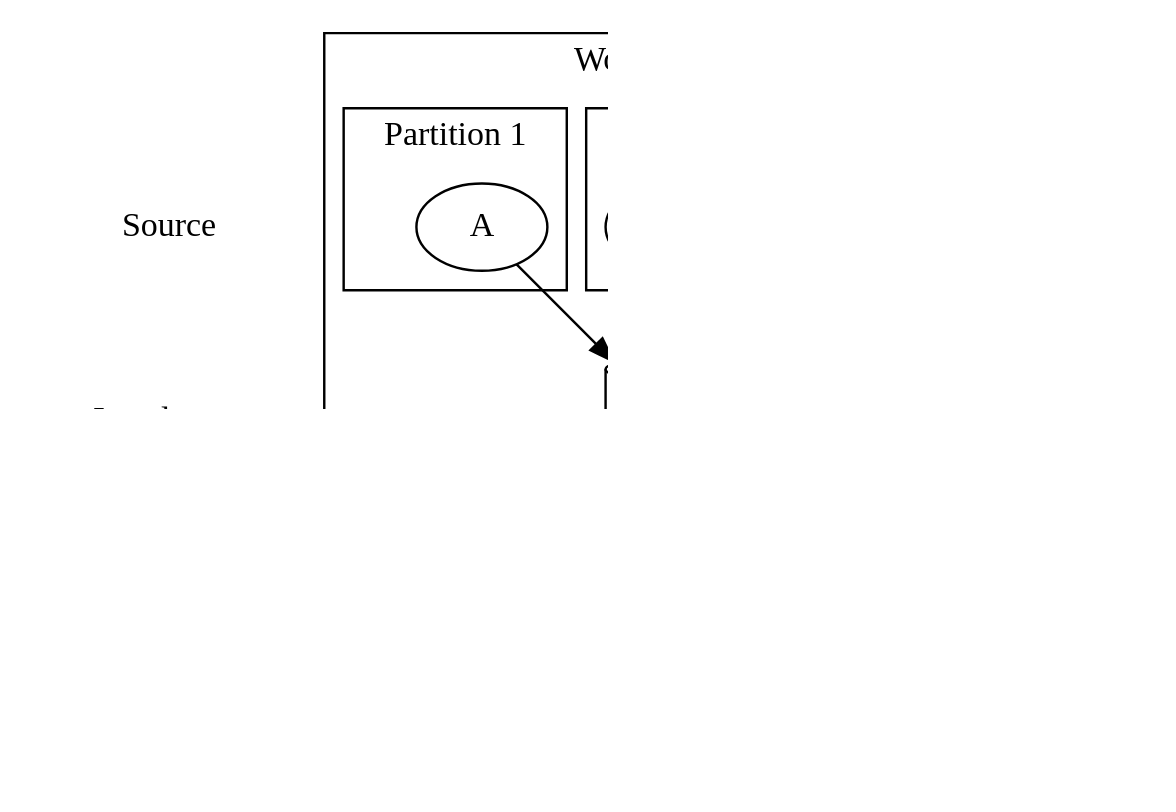
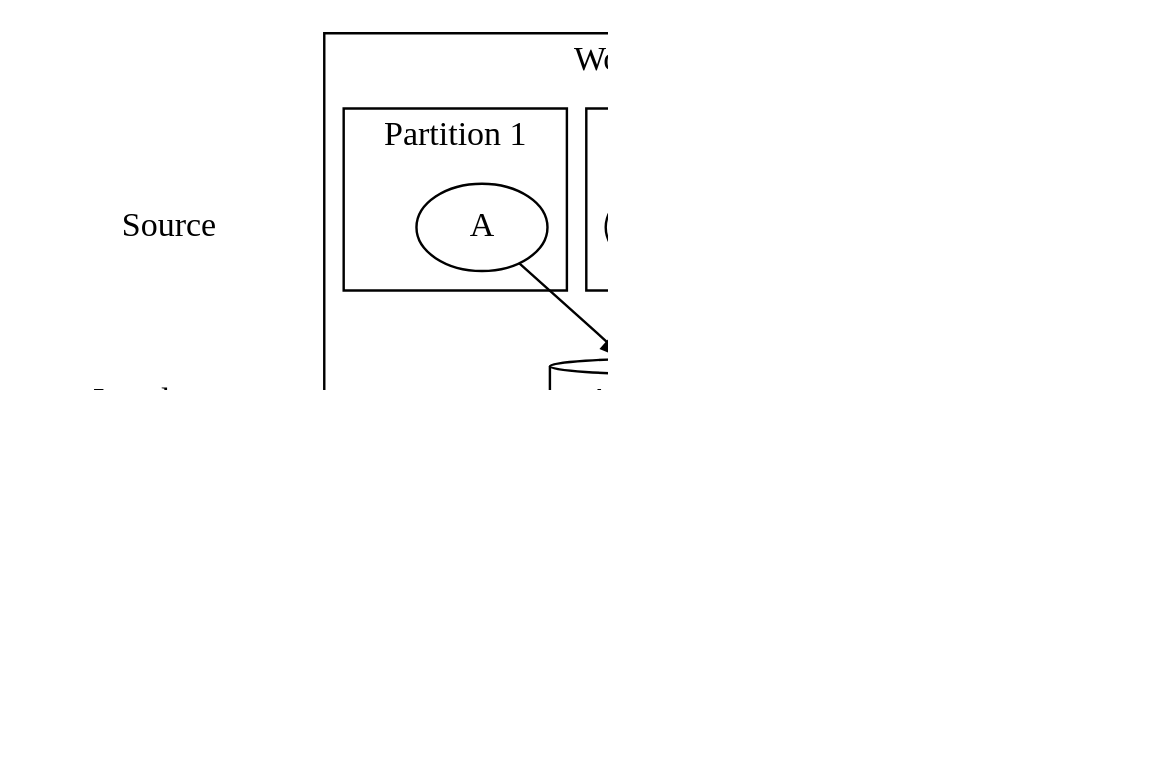
Diagram 45 of 51 in src/main/asciidoc/lecture.adoc (inponomarev/kafka-hjs), drawn with Graphviz before and after one commit. The commit also changed other lines of this file, not shown here.

```diff
--- a/src/main/asciidoc/lecture.adoc
+++ b/src/main/asciidoc/lecture.adoc
@@ -2168,71 +2195,71 @@
 [graphviz, "local-partitioning-5.png"]
 -----
 digraph D {
   graph [ dpi = 150 ]; 
   subgraph system {
   
      subgraph cluster_s2{
           style = "invis"
           S1 [shape=plaintext label = "Source"];
           S2 [shape=plaintext label = "Local store"];
           S3 [shape=plaintext label = "Changelog"];
           S1->S2->S3 [style="invis"]
       }
 
     subgraph cluster_p1 {
       label = "Worker 1";
         
           
           subgraph cluster_pp11{
               label = "Partition 2"
           
               b [label = "B"];
               c[label = "C"];
               
           }
  
         subgraph cluster_pp1{
               label = "Partition 1"
               
               
               a [label = "A"];
               
           }
           
         
-        ls1[shape="cylinder" label = "A: 21\nB: 13"]
+        ls1[shape="cylinder" label = "A: 21, B: 13"]
         a->ls1;
         b->ls1;
         c->ls1;
         
         p1[shape="plaintext"; style="filled"; fillcolor="#ffffcc"; label = "Partition 1"];
         p2[shape="plaintext"; style="filled"; fillcolor="#ffffcc"; label = "Partition 2"];
         ls1->p1[dir="both"];
         ls1->p2[dir="both"];
     }
     subgraph cluster_p2 {
       label = "Worker 2";
       subgraph cluster_pp2{
               label = "Partition 3"
                 
               d[label = "D"];
               
               
           }
           
           
         ls2[shape="cylinder" label = "D: 23"]
         d->ls2;
         p3[shape="plaintext"; style="filled"; fillcolor="#ffffcc"; label = "Partition 3"];
         ls2->p3[dir="both"];
     }
         p1->p1v1;
         p2->p2v1;
         p3->p3v1;
         p1v1[shape="record"; label="{B: 13}"];
         p3v1[shape="record"; label="{D: 23}"];
         p2v1[shape="record"; label="{A: 21}"];
     
   }
 } 
 -----
```
